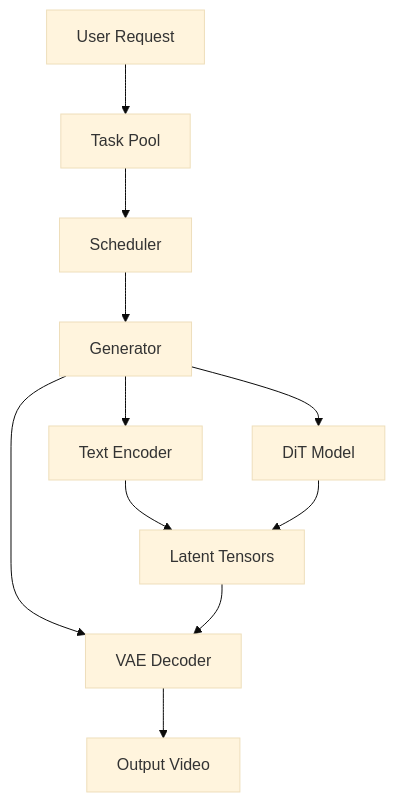
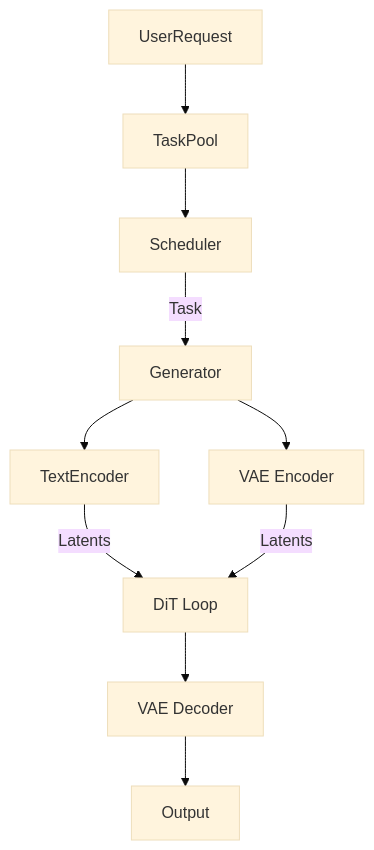
Before and after one commit to thu-pacman/ChituDiffusion: the diagram in docs/index.md, drawn with Mermaid (base theme). The commit also changed 7 other files, not shown here.

````diff
--- a/docs/index.md
+++ b/docs/index.md
@@ -90,13 +90,12 @@
 ```mermaid
 graph TD
-    A[User Request] --> B[Task Pool]
+    A[UserRequest] --> B[TaskPool]
     B --> C[Scheduler]
-    C --> D[Generator]
-    D --> E[Text Encoder]
-    D --> F[DiT Model]
-    D --> G[VAE Decoder]
-    E --> H[Latent Tensors]
-    F --> H
-    H --> G
-    G --> I[Output Video]
+    C --> |Task| G[Generator]
+    G --> VE[VAE Encoder]
+    G --> TE[TextEncoder]
+    TE -->|Latents| DiT[DiT Loop]
+    VE -->|Latents| DiT[DiT Loop]
+    DiT --> VD[VAE Decoder]
+    VD --> V[Output]
 ```
````
